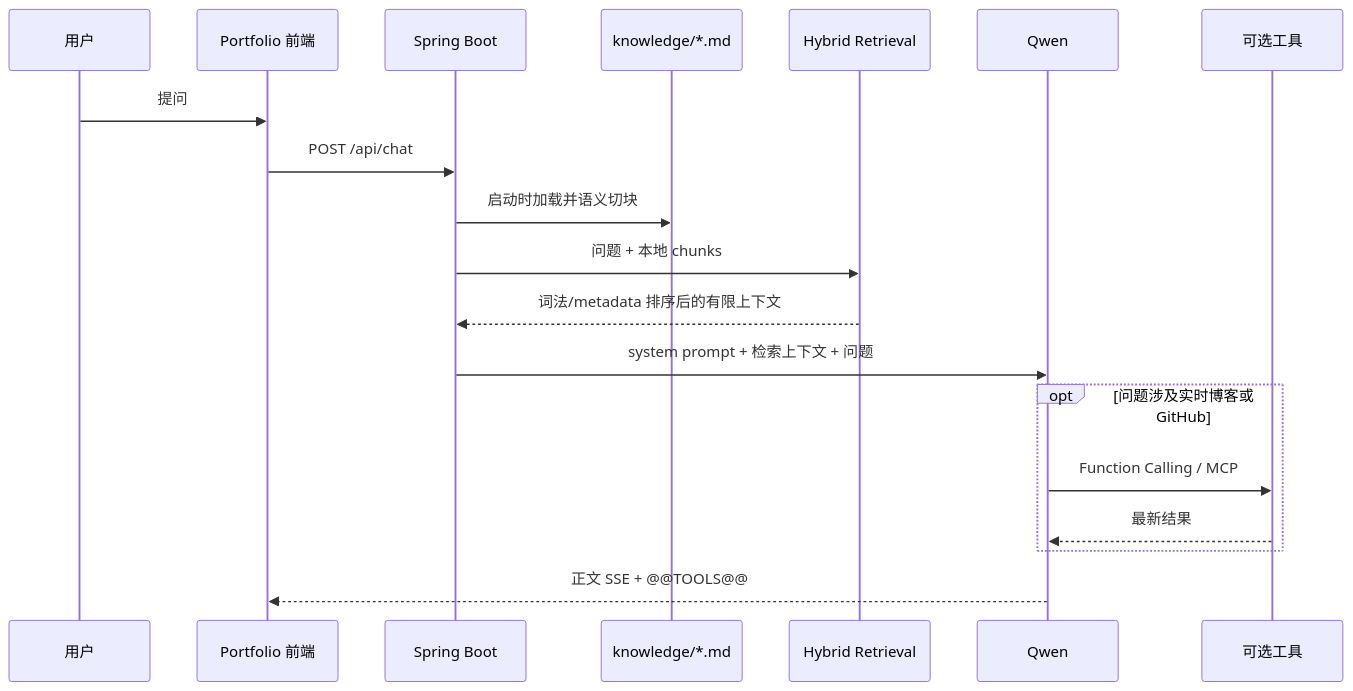
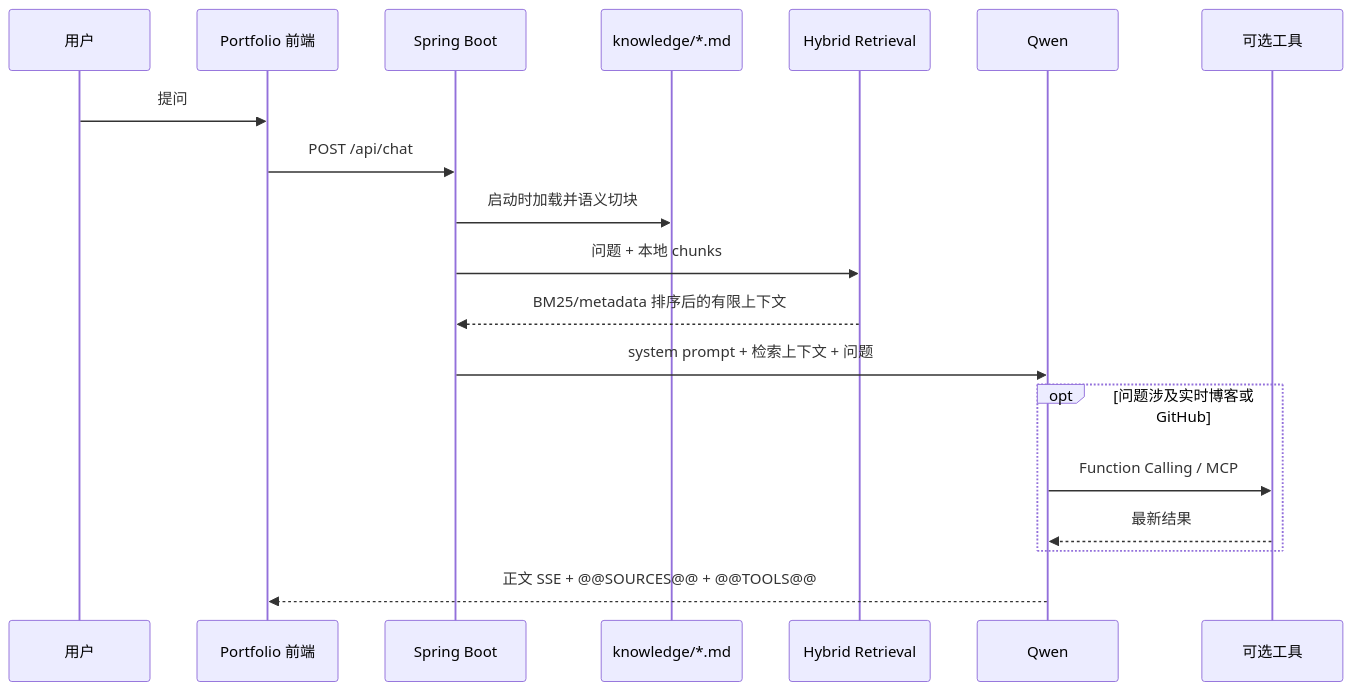
One commit to Tmakerchima/portfolio-rag changed the second of 4 diagrams in README.md. Above: the diagram before and after it, drawn with Mermaid. The commit also changed other lines of this file and 28 other files, not shown here.

````diff
--- a/README.md
+++ b/README.md
@@ -49,22 +49,22 @@
 ```mermaid
 sequenceDiagram
     participant U as 用户
     participant P as Portfolio 前端
     participant B as Spring Boot
     participant C as knowledge/*.md
     participant R as Hybrid Retrieval
     participant L as Qwen
     participant T as 可选工具
 
     U->>P: 提问
     P->>B: POST /api/chat
     B->>C: 启动时加载并语义切块
     B->>R: 问题 + 本地 chunks
-    R-->>B: 词法/metadata 排序后的有限上下文
+    R-->>B: BM25/metadata 排序后的有限上下文
     B->>L: system prompt + 检索上下文 + 问题
     opt 问题涉及实时博客或 GitHub
         L->>T: Function Calling / MCP
         T-->>L: 最新结果
     end
-    L-->>P: 正文 SSE + @@TOOLS@@
+    L-->>P: 正文 SSE + @@SOURCES@@ + @@TOOLS@@
 ```
````
